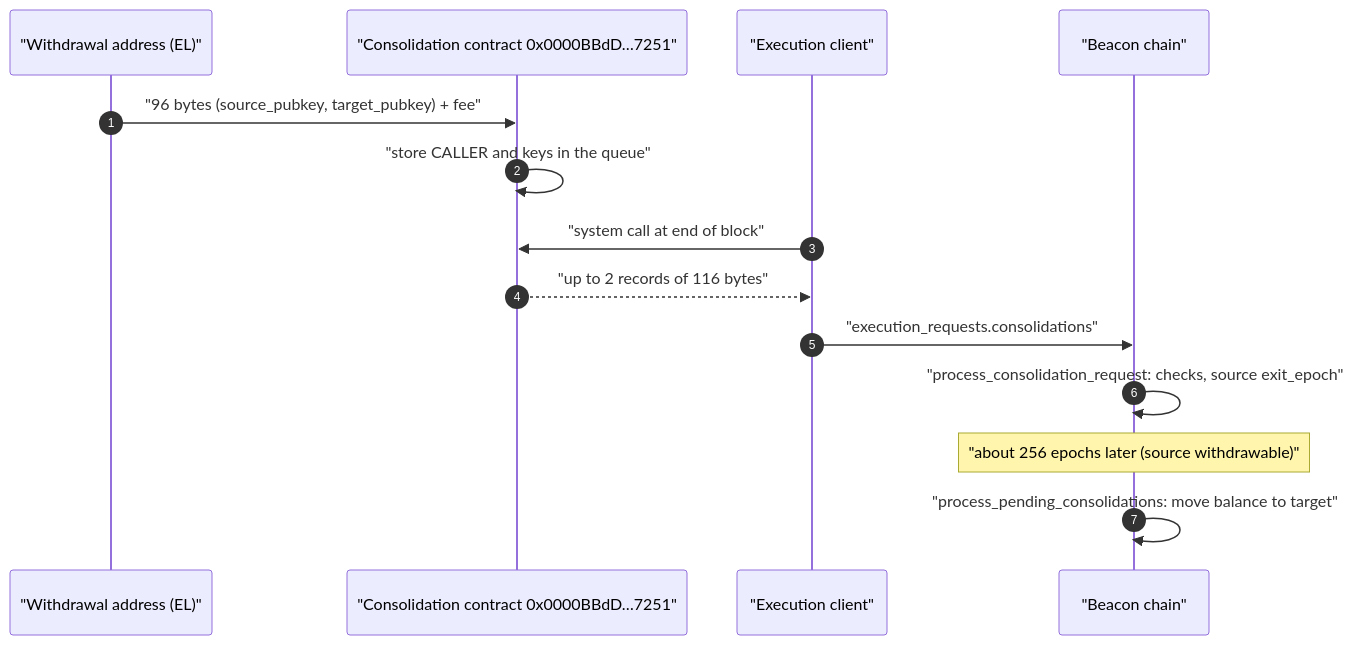
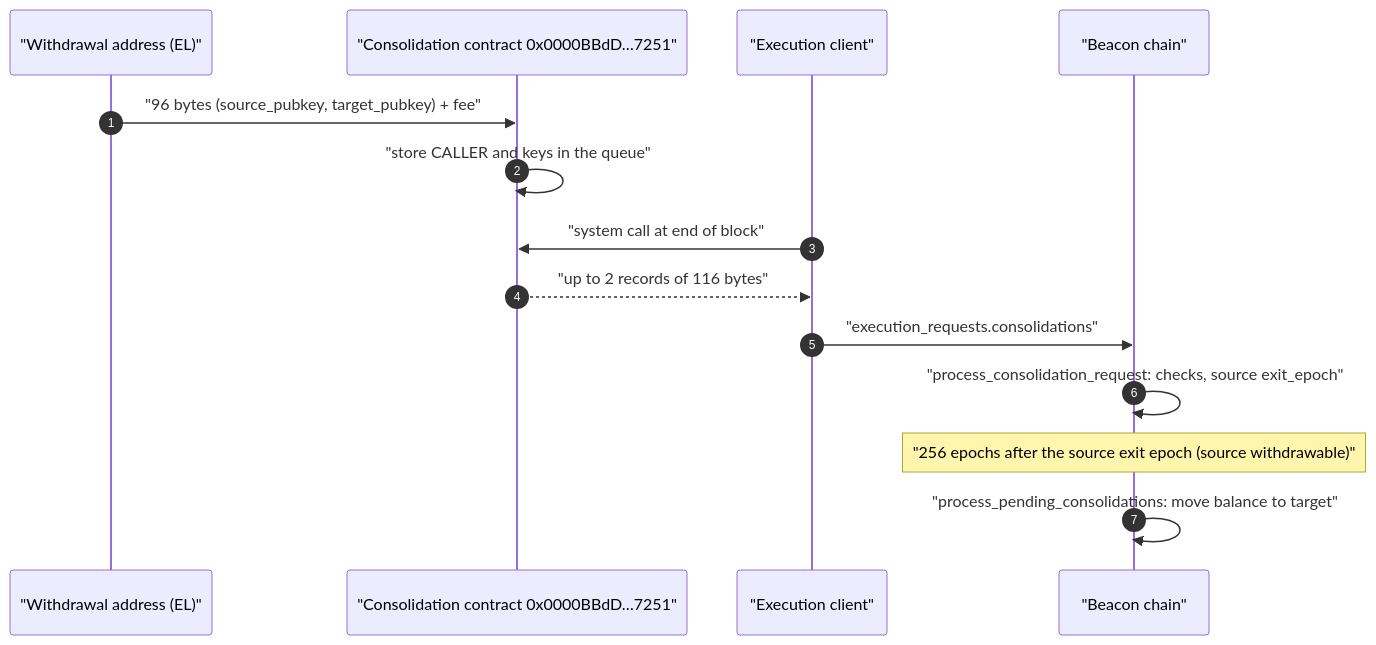
Before and after one commit to rya-sge/access-denied: the second of 2 diagrams in _posts/2026-11-20-eip-7251-max-effective-balance-consolidation.md, drawn with Mermaid. The commit also changed other lines of this file and 24 other files, not shown here.

````diff
--- a/_posts/2026-11-20-eip-7251-max-effective-balance-consolidation.md
+++ b/_posts/2026-11-20-eip-7251-max-effective-balance-consolidation.md
@@ -224,16 +237,16 @@
 ```mermaid
 sequenceDiagram
     autonumber
     participant W as "Withdrawal address (EL)"
     participant C as "Consolidation contract 0x0000BBdD…7251"
     participant EL as "Execution client"
     participant CL as "Beacon chain"
     W->>C: "96 bytes (source_pubkey, target_pubkey) + fee"
     C->>C: "store CALLER and keys in the queue"
     EL->>C: "system call at end of block"
     C-->>EL: "up to 2 records of 116 bytes"
     EL->>CL: "execution_requests.consolidations"
     CL->>CL: "process_consolidation_request: checks, source exit_epoch"
-    Note over CL: "about 256 epochs later (source withdrawable)"
+    Note over CL: "256 epochs after the source exit epoch (source withdrawable)"
     CL->>CL: "process_pending_consolidations: move balance to target"
 ```
````
